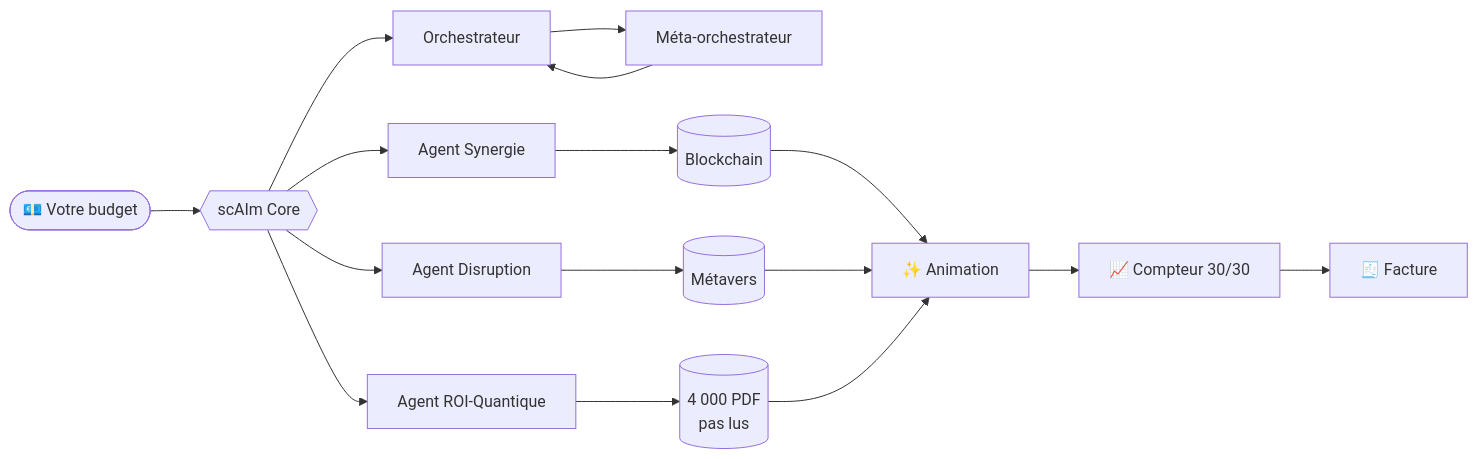
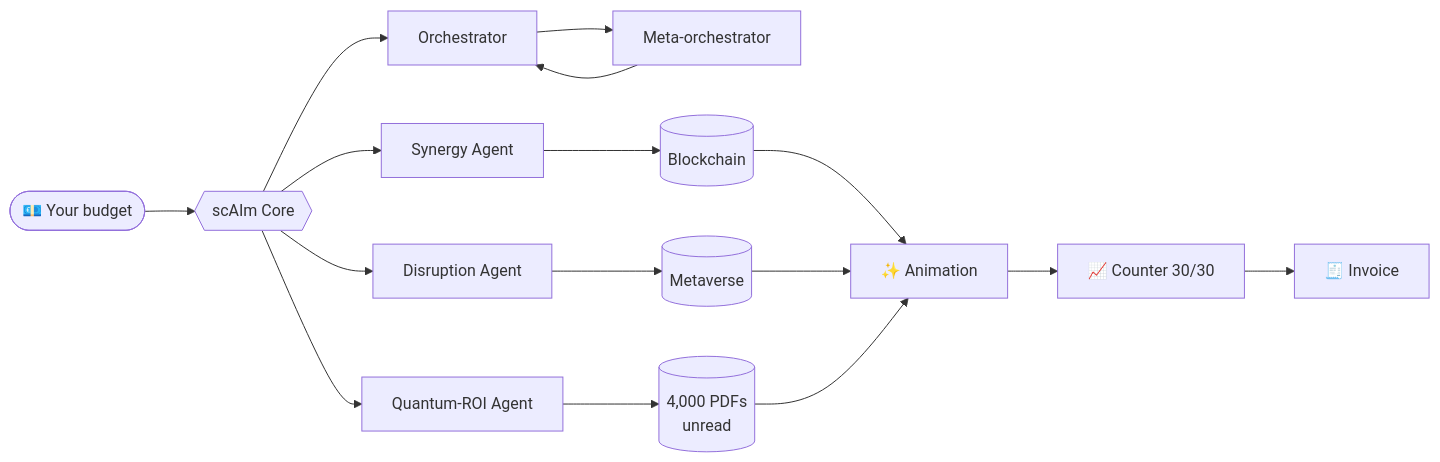
The diagram in README.md (XavierBeheydt/scaim), drawn with Mermaid before and after one commit. The commit also changed other lines of this file and 5 other files, not shown here.

````diff
--- a/README.md
+++ b/README.md
@@ -35,18 +35,18 @@
 ```mermaid
 flowchart LR
-    Client([💶 Votre budget]) --> Core{{scAIm Core}}
-    Core --> Orch[Orchestrateur]
-    Orch --> Meta[Méta-orchestrateur]
+    Client([💶 Your budget]) --> Core{{scAIm Core}}
+    Core --> Orch[Orchestrator]
+    Orch --> Meta[Meta-orchestrator]
     Meta --> Orch
-    Core --> A1[Agent Synergie]
-    Core --> A2[Agent Disruption]
-    Core --> A3[Agent ROI-Quantique]
+    Core --> A1[Synergy Agent]
+    Core --> A2[Disruption Agent]
+    Core --> A3[Quantum-ROI Agent]
     A1 --> BC[(Blockchain)]
-    A2 --> MV[(Métavers)]
-    A3 --> PDF[(4 000 PDF<br/>pas lus)]
+    A2 --> MV[(Metaverse)]
+    A3 --> PDF[(4,000 PDFs<br/>unread)]
     BC --> Anim[✨ Animation]
     MV --> Anim
     PDF --> Anim
-    Anim --> Compteur[📈 Compteur 30/30]
-    Compteur --> Facture[🧾 Facture]
+    Anim --> Counter[📈 Counter 30/30]
+    Counter --> Invoice[🧾 Invoice]
 ```
````
